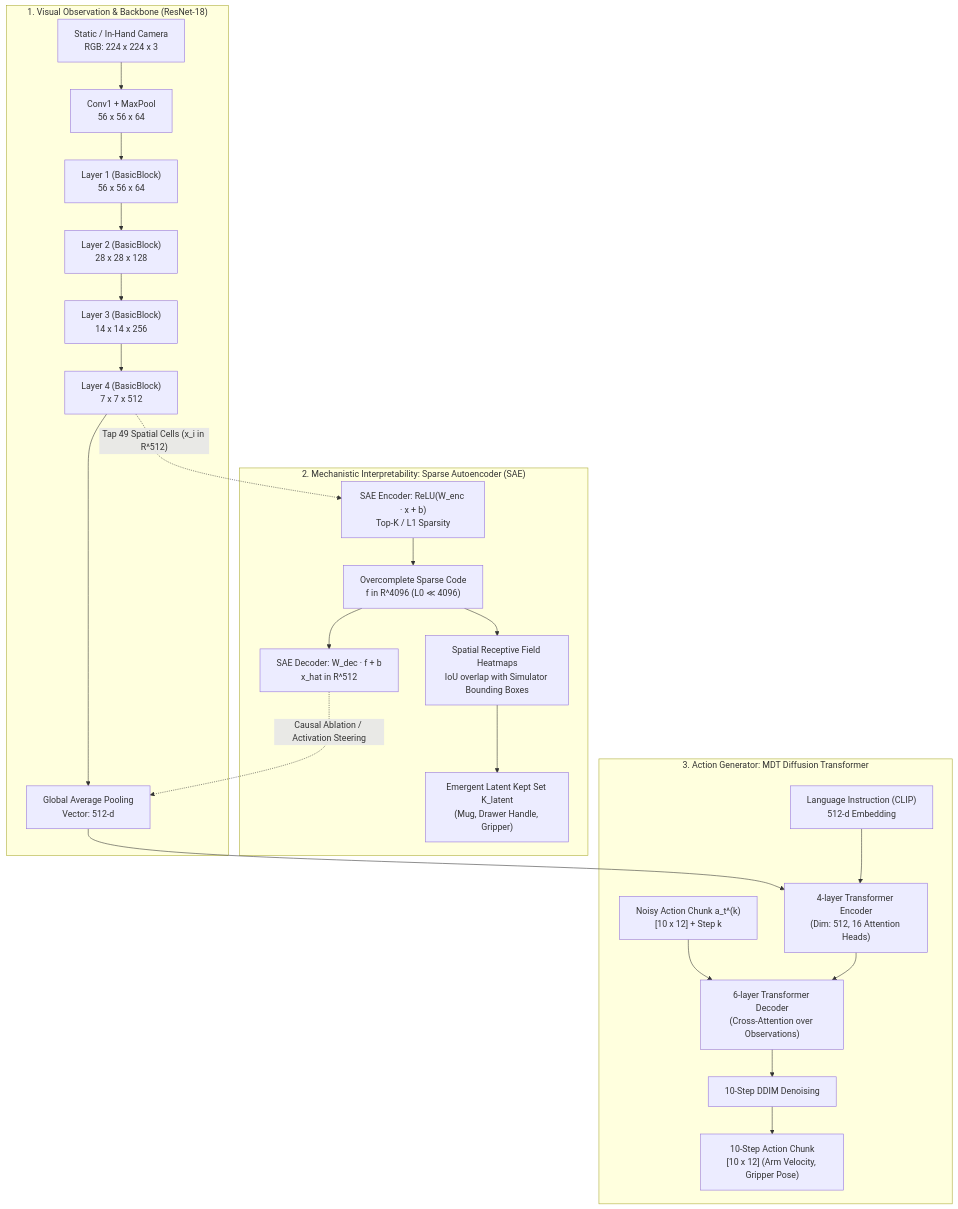
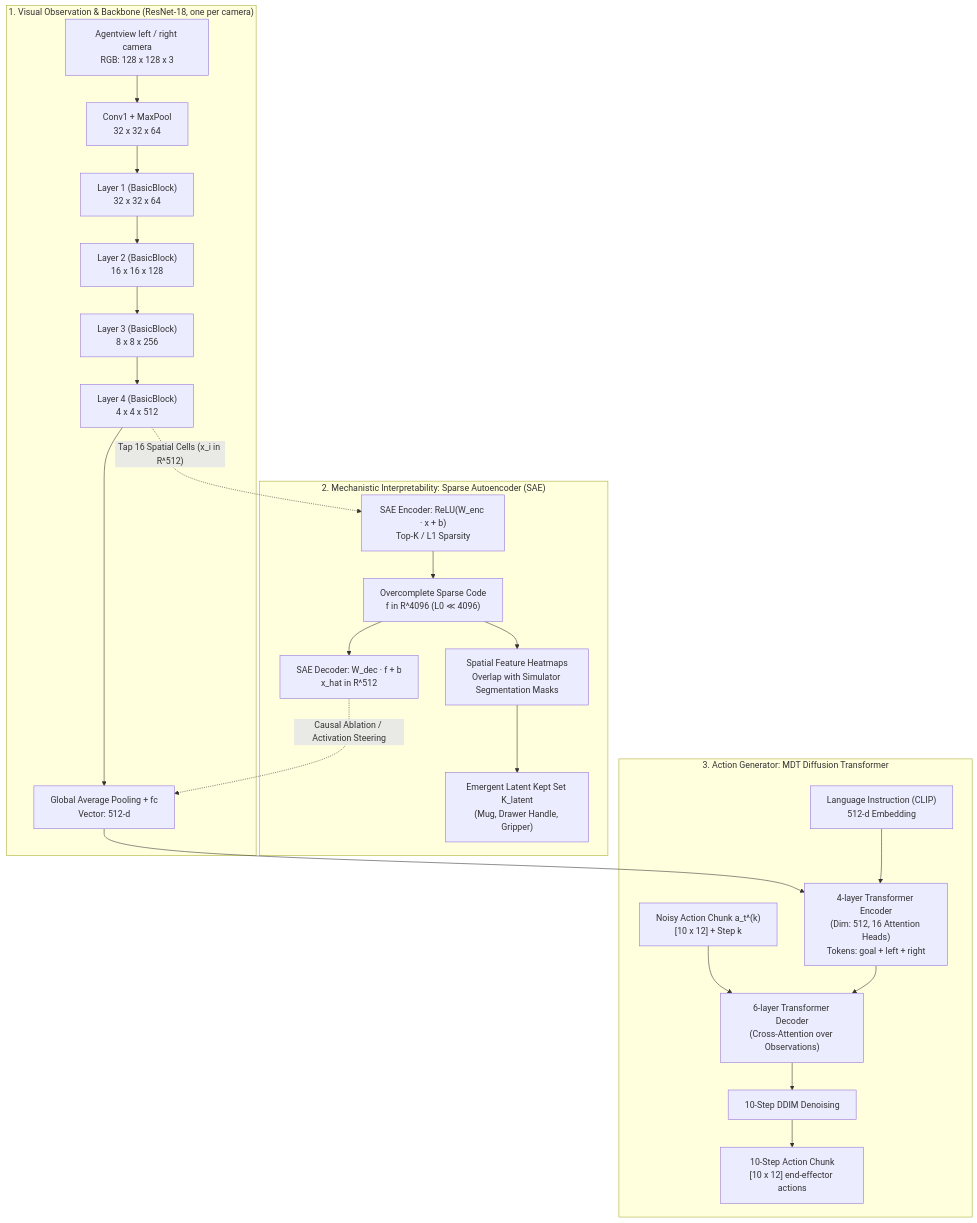
The diagram in README.md (officiallygod/Mechanistic-Interpretability-for-SIR), drawn with Mermaid before and after one commit. The commit also changed other lines of this file and 6 other files, not shown here.

Commit message:
sir mindmap

````diff
--- a/README.md
+++ b/README.md
@@ -37,30 +41,30 @@
 ```mermaid
 flowchart TD
-    subgraph S1["1. Visual Observation & Backbone (ResNet-18)"]
-        Cam["Static / In-Hand Camera\nRGB: 224 x 224 x 3"] --> Conv1["Conv1 + MaxPool\n56 x 56 x 64"]
-        Conv1 --> L1["Layer 1 (BasicBlock)\n56 x 56 x 64"]
-        L1 --> L2["Layer 2 (BasicBlock)\n28 x 28 x 128"]
-        L2 --> L3["Layer 3 (BasicBlock)\n14 x 14 x 256"]
-        L3 --> L4["Layer 4 (BasicBlock)\n7 x 7 x 512"]
-        L4 --> Pool["Global Average Pooling\nVector: 512-d"]
+    subgraph S1["1. Visual Observation & Backbone (ResNet-18, one per camera)"]
+        Cam["Agentview left / right camera\nRGB: 128 x 128 x 3"] --> Conv1["Conv1 + MaxPool\n32 x 32 x 64"]
+        Conv1 --> L1["Layer 1 (BasicBlock)\n32 x 32 x 64"]
+        L1 --> L2["Layer 2 (BasicBlock)\n16 x 16 x 128"]
+        L2 --> L3["Layer 3 (BasicBlock)\n8 x 8 x 256"]
+        L3 --> L4["Layer 4 (BasicBlock)\n4 x 4 x 512"]
+        L4 --> Pool["Global Average Pooling + fc\nVector: 512-d"]
     end
 
     subgraph S2["2. Mechanistic Interpretability: Sparse Autoencoder (SAE)"]
-        L4 -.->|"Tap 49 Spatial Cells (x_i in R^512)"| SAE_Enc["SAE Encoder: ReLU(W_enc · x + b)\nTop-K / L1 Sparsity"]
+        L4 -.->|"Tap 16 Spatial Cells (x_i in R^512)"| SAE_Enc["SAE Encoder: ReLU(W_enc · x + b)\nTop-K / L1 Sparsity"]
         SAE_Enc --> SparseF["Overcomplete Sparse Code\nf in R^4096 (L0 ≪ 4096)"]
         SparseF --> SAE_Dec["SAE Decoder: W_dec · f + b\nx_hat in R^512"]
-        SparseF --> Grounding["Spatial Receptive Field Heatmaps\nIoU overlap with Simulator Bounding Boxes"]
+        SparseF --> Grounding["Spatial Feature Heatmaps\nOverlap with Simulator Segmentation Masks"]
         Grounding --> LatentSet["Emergent Latent Kept Set K_latent\n(Mug, Drawer Handle, Gripper)"]
     end
 
     subgraph S3["3. Action Generator: MDT Diffusion Transformer"]
-        Pool --> MDT_Enc["4-layer Transformer Encoder\n(Dim: 512, 16 Attention Heads)"]
+        Pool --> MDT_Enc["4-layer Transformer Encoder\n(Dim: 512, 16 Attention Heads)\nTokens: goal + left + right"]
         Goal["Language Instruction (CLIP)\n512-d Embedding"] --> MDT_Enc
         Noise["Noisy Action Chunk a_t^(k)\n[10 x 12] + Step k"] --> MDT_Dec["6-layer Transformer Decoder\n(Cross-Attention over Observations)"]
         MDT_Enc --> MDT_Dec
         MDT_Dec --> DDIM["10-Step DDIM Denoising"]
-        DDIM --> Action["10-Step Action Chunk\n[10 x 12] (Arm Velocity, Gripper Pose)"]
+        DDIM --> Action["10-Step Action Chunk\n[10 x 12] end-effector actions"]
     end
 
     SAE_Dec -.->|"Causal Ablation / Activation Steering"| Pool
 ```
````
